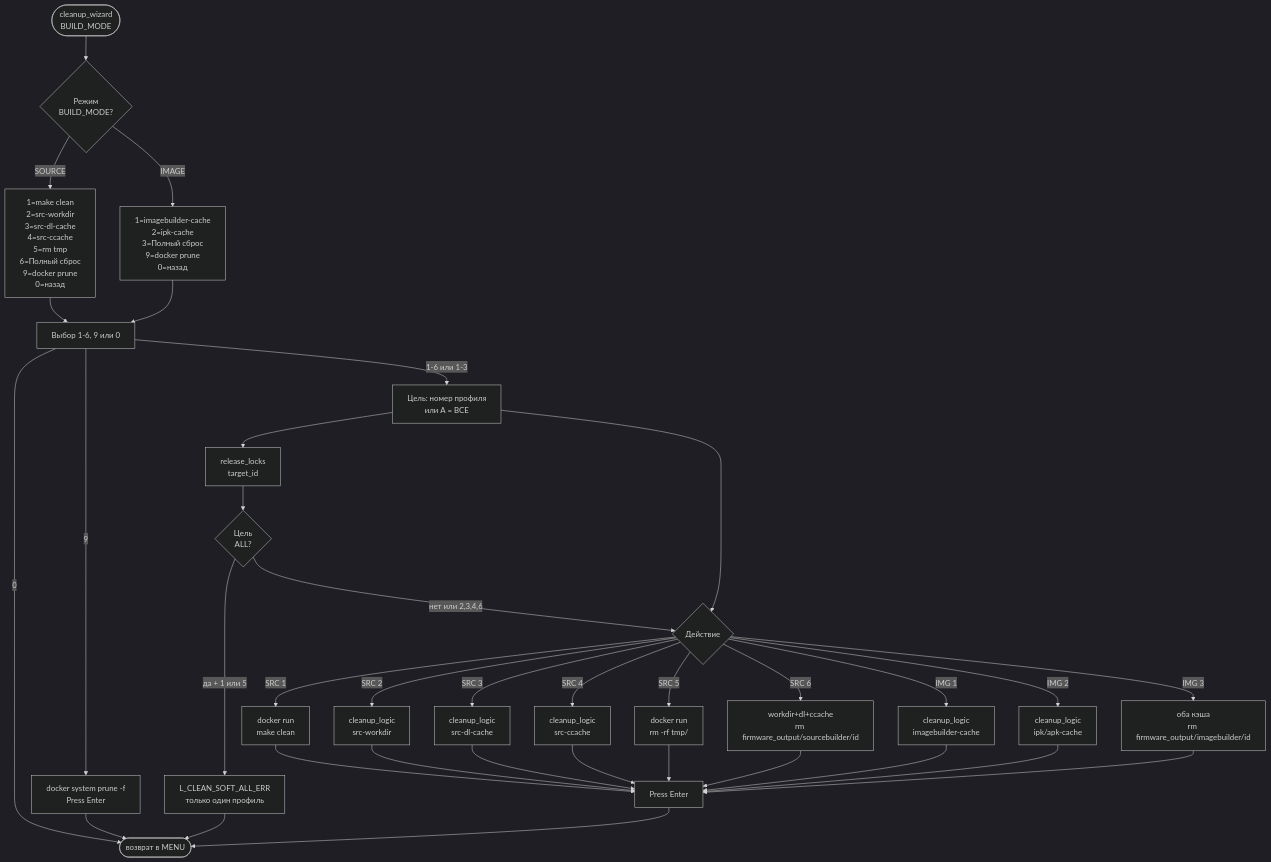
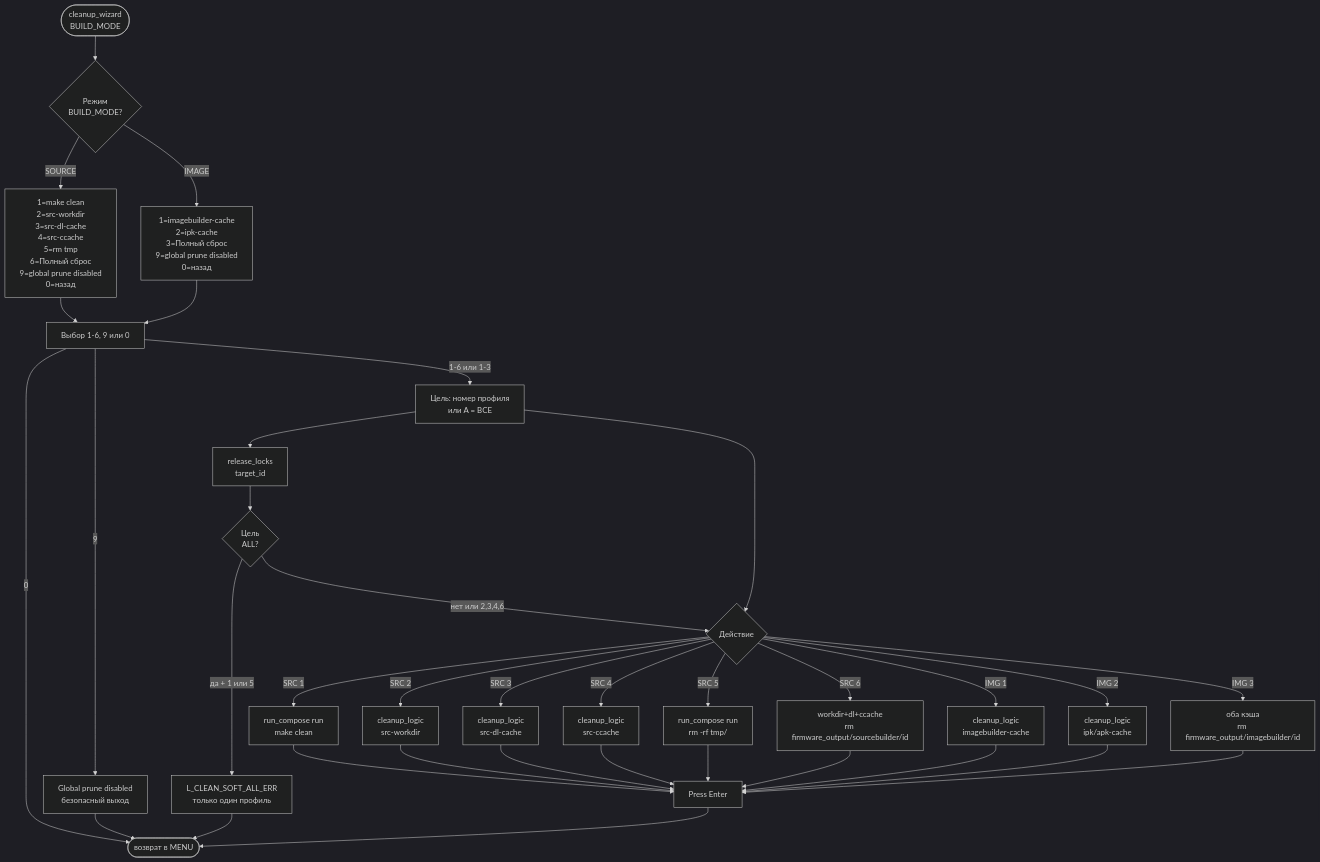
The seventh of 8 diagrams in docs/ARCHITECTURE_diagram_ru.md (GJIUXAPb/routerFW), drawn with Mermaid (dark theme) before and after one commit. The commit also changed other lines of this file and 6 other files, not shown here.

First line of the commit message:
docs: update release and architecture docs for 4.70

````diff
--- a/docs/ARCHITECTURE_diagram_ru.md
+++ b/docs/ARCHITECTURE_diagram_ru.md
@@ -258,34 +260,34 @@
 ```mermaid
 flowchart TD
     CW([cleanup_wizard\nBUILD_MODE])
     CW --> CW_MODE{Режим\nBUILD_MODE?}
-    CW_MODE --> |SOURCE| SRC_MENU[1=make clean\n2=src-workdir\n3=src-dl-cache\n4=src-ccache\n5=rm tmp\n6=Полный сброс\n9=docker prune\n0=назад]
-    CW_MODE --> |IMAGE| IMG_MENU[1=imagebuilder-cache\n2=ipk-cache\n3=Полный сброс\n9=docker prune\n0=назад]
+    CW_MODE --> |SOURCE| SRC_MENU[1=make clean\n2=src-workdir\n3=src-dl-cache\n4=src-ccache\n5=rm tmp\n6=Полный сброс\n9=global prune disabled\n0=назад]
+    CW_MODE --> |IMAGE| IMG_MENU[1=imagebuilder-cache\n2=ipk-cache\n3=Полный сброс\n9=global prune disabled\n0=назад]
 
     SRC_MENU --> C_SEL[Выбор 1-6, 9 или 0]
     IMG_MENU --> C_SEL
     C_SEL --> |0| CW_BACK([возврат в MENU])
-    C_SEL --> |9| PRUNE[docker system prune -f\nPress Enter]
+    C_SEL --> |9| PRUNE[Global prune disabled\nбезопасный выход]
     PRUNE --> CW_BACK
     C_SEL --> |1-6 или 1-3| T_SEL[Цель: номер профиля\nили A = ВСЕ]
     T_SEL --> REL[release_locks\ntarget_id]
     REL --> ALL_OK{Цель\nALL?}
     ALL_OK --> |да + 1 или 5| SOFT_ERR[L_CLEAN_SOFT_ALL_ERR\nтолько один профиль]
     SOFT_ERR --> CW_BACK
     ALL_OK --> |нет или 2,3,4,6| EXEC
     T_SEL --> EXEC{Действие}
 
-    EXEC --> |SRC 1| SRC_SOFT[docker run\nmake clean]
+    EXEC --> |SRC 1| SRC_SOFT[run_compose run\nmake clean]
     EXEC --> |SRC 2| SRC_WORK[cleanup_logic\nsrc-workdir]
     EXEC --> |SRC 3| SRC_DL[cleanup_logic\nsrc-dl-cache]
     EXEC --> |SRC 4| SRC_CC[cleanup_logic\nsrc-ccache]
-    EXEC --> |SRC 5| SRC_TMP[docker run\nrm -rf tmp/]
+    EXEC --> |SRC 5| SRC_TMP[run_compose run\nrm -rf tmp/]
     EXEC --> |SRC 6| SRC_FULL[workdir+dl+ccache\nrm firmware_output/sourcebuilder/id]
     EXEC --> |IMG 1| IMG_SDK[cleanup_logic\nimagebuilder-cache]
     EXEC --> |IMG 2| IMG_IPK[cleanup_logic\nipk/apk-cache]
     EXEC --> |IMG 3| IMG_FULL[оба кэша\nrm firmware_output/imagebuilder/id]
 
     SRC_SOFT & SRC_WORK & SRC_DL & SRC_CC & SRC_TMP & SRC_FULL --> DONE[Press Enter]
     IMG_SDK & IMG_IPK & IMG_FULL --> DONE
     DONE --> CW_BACK
 ```
````
